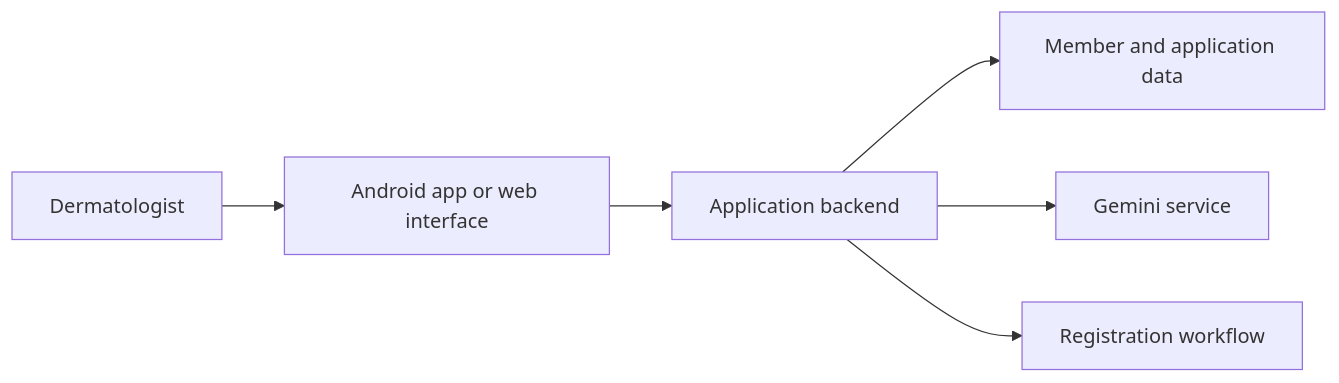
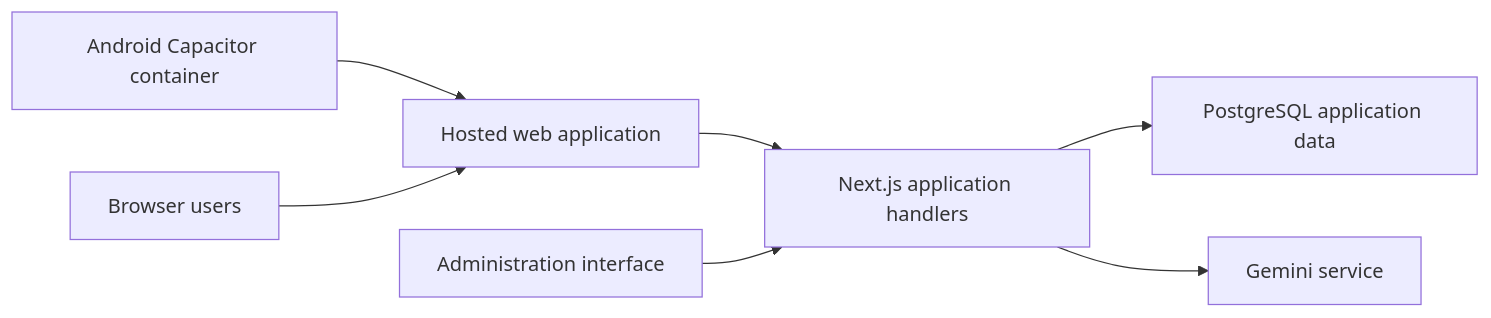
One commit to muhammadrayyankashif/Engineering-Projects changed the diagram in ReDerm/README.md. Above: the diagram before and after it, drawn with Mermaid. The commit also changed other lines of this file and 6 other files, not shown here.

Commit message:
Expand project workflows and source-backed architecture descriptions

````diff
--- a/ReDerm/README.md
+++ b/ReDerm/README.md
@@ -23,8 +38,9 @@
 ```mermaid
 flowchart LR
-    U[Dermatologist] --> A[Android app or web interface]
-    A --> B[Application backend]
-    B --> D[Member and application data]
+    A[Android Capacitor container] --> UI[Hosted web application]
+    W[Browser users] --> UI
+    UI --> B[Next.js application handlers]
+    B --> DB[PostgreSQL application data]
     B --> AI[Gemini service]
-    B --> R[Registration workflow]
+    ADM[Administration interface] --> B
 ```
````
